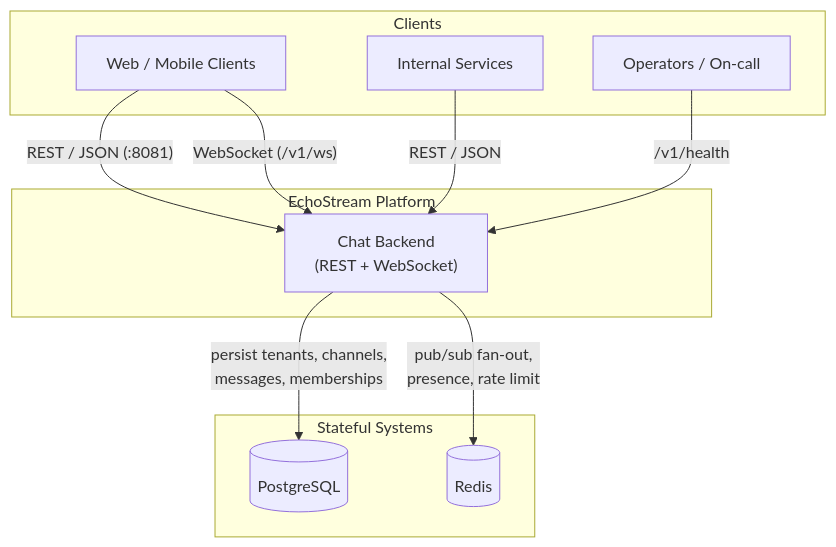
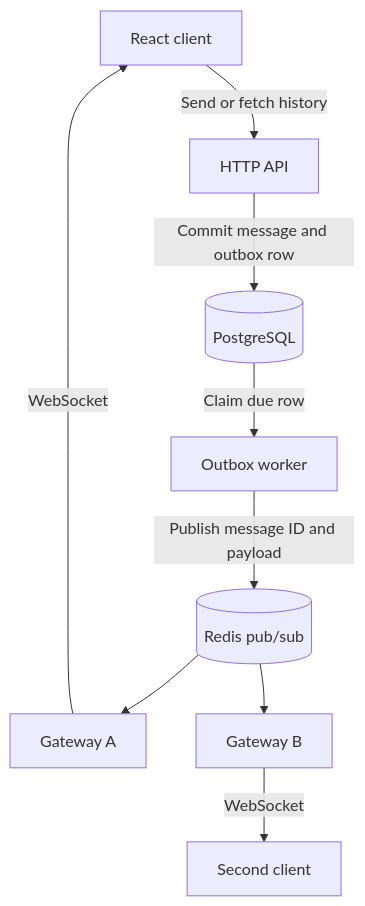
The diagram in docs/ARCHITECTURE.md (lalith-99/echostream), drawn with Mermaid before and after one commit. The commit also changed other lines of this file and 23 other files, not shown here.

````diff
--- a/docs/ARCHITECTURE.md
+++ b/docs/ARCHITECTURE.md
@@ -59,25 +5,11 @@
 ```mermaid
-graph TB
-    subgraph Clients
-        web["Web / Mobile Clients"]
-        svc["Internal Services"]
-        ops["Operators / On-call"]
-    end
-
-    subgraph EchoStream["EchoStream Platform"]
-        es["Chat Backend<br/>(REST + WebSocket)"]
-    end
-
-    subgraph State["Stateful Systems"]
-        pg[("PostgreSQL")]
-        redis[("Redis")]
-    end
-
-    web -->|"REST / JSON (:8081)"| es
-    web -->|"WebSocket (/v1/ws)"| es
-    svc -->|"REST / JSON"| es
-    ops -->|"/v1/health"| es
-
-    es -->|"persist tenants, channels,<br/>messages, memberships"| pg
-    es -->|"pub/sub fan-out,<br/>presence, rate limit"| redis
+flowchart TD
+    C["React client"] -->|"Send or fetch history"| API["HTTP API"]
+    API -->|"Commit message and outbox row"| DB[("PostgreSQL")]
+    DB -->|"Claim due row"| W["Outbox worker"]
+    W -->|"Publish message ID and payload"| R[("Redis pub/sub")]
+    R --> A["Gateway A"]
+    R --> B["Gateway B"]
+    A -->|"WebSocket"| C
+    B -->|"WebSocket"| D["Second client"]
 ```
````
